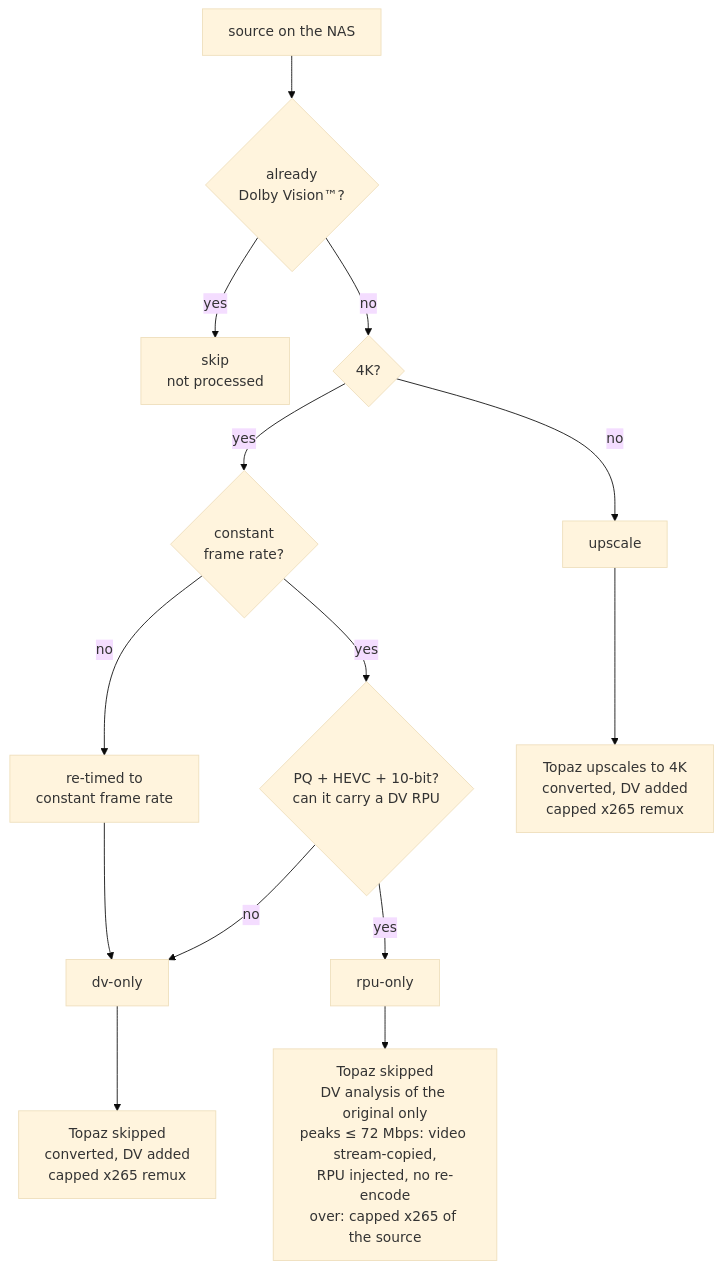
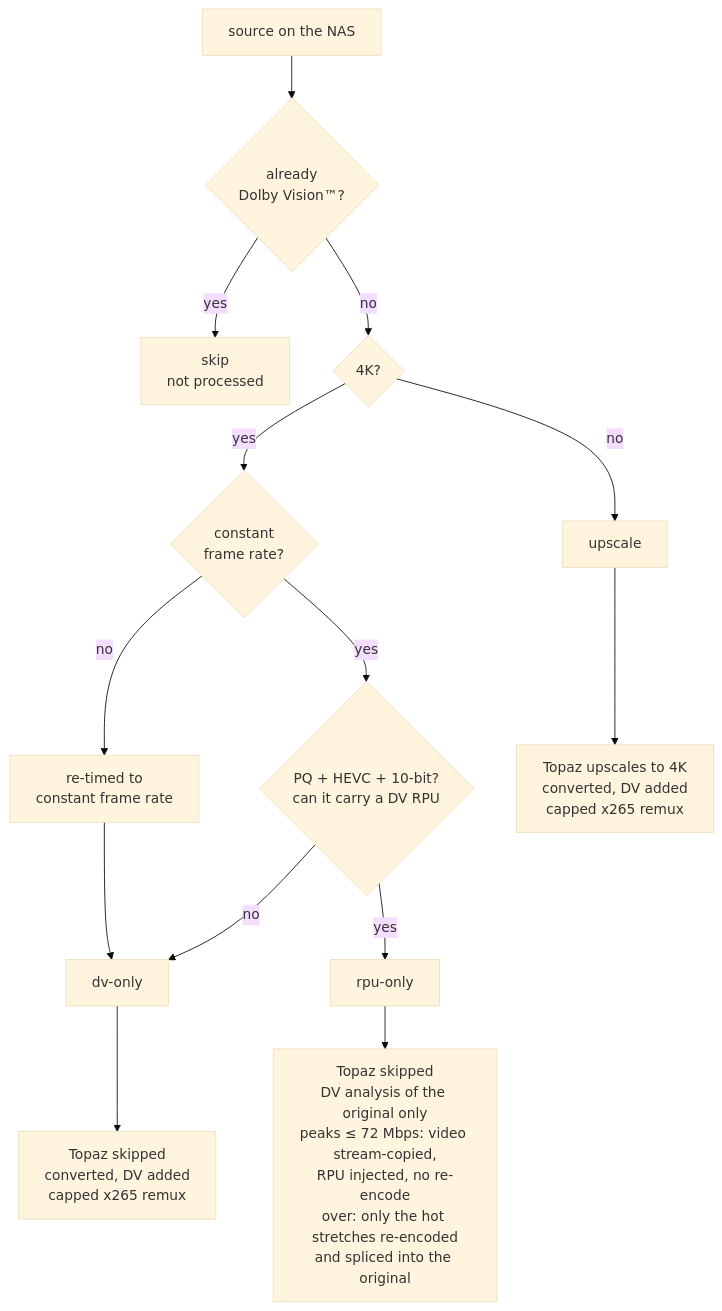
The diagram in docs/HOW-IT-WORKS.md (adamkbritsch/visionary), drawn with Mermaid (base theme) before and after one commit. The commit also changed other lines of this file and 14 other files, not shown here.

````diff
--- a/docs/HOW-IT-WORKS.md
+++ b/docs/HOW-IT-WORKS.md
@@ -32,17 +32,17 @@
 ```mermaid
 flowchart TD
     S["source on the NAS"] --> DV{"already<br/>Dolby Vision™?"}
     DV -->|yes| SKIP["skip<br/>not processed"]
     DV -->|no| FOURK{"4K?"}
     FOURK -->|no| UPS["upscale"]
     FOURK -->|yes| CFR{"constant<br/>frame rate?"}
     CFR -->|no| RETIME["re-timed to<br/>constant frame rate"]
     RETIME --> CONV
     CFR -->|yes| RPU{"PQ + HEVC + 10-bit?<br/>can it carry a DV RPU"}
     RPU -->|yes| INJ["rpu-only"]
     RPU -->|no| CONV["dv-only"]
 
-    INJ --> INJ2["Topaz skipped<br/>DV analysis of the original only<br/>peaks &le; 72 Mbps: video stream-copied,<br/>RPU injected, no re-encode<br/>over: capped x265 of the source"]
+    INJ --> INJ2["Topaz skipped<br/>DV analysis of the original only<br/>peaks &le; 72 Mbps: video stream-copied,<br/>RPU injected, no re-encode<br/>over: only the hot stretches re-encoded<br/>and spliced into the original"]
     CONV --> CONV2["Topaz skipped<br/>converted, DV added<br/>capped x265 remux"]
     UPS --> UPS2["Topaz upscales to 4K<br/>converted, DV added<br/>capped x265 remux"]
 ```
````
